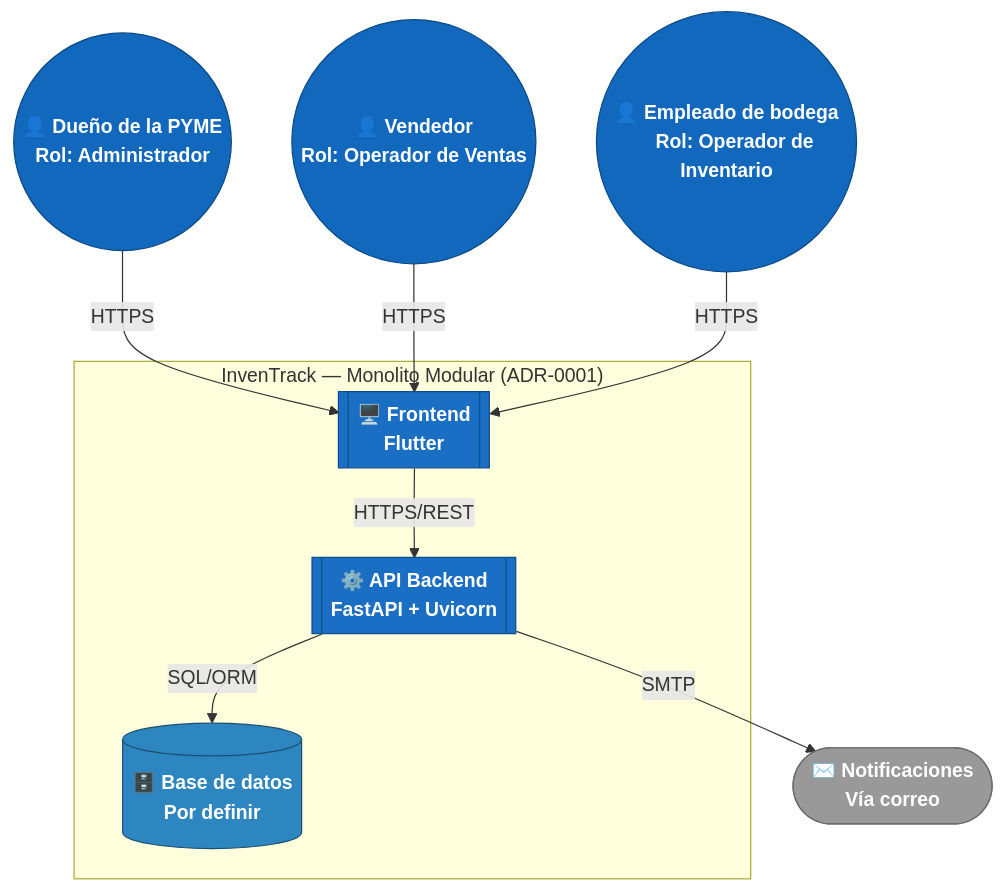
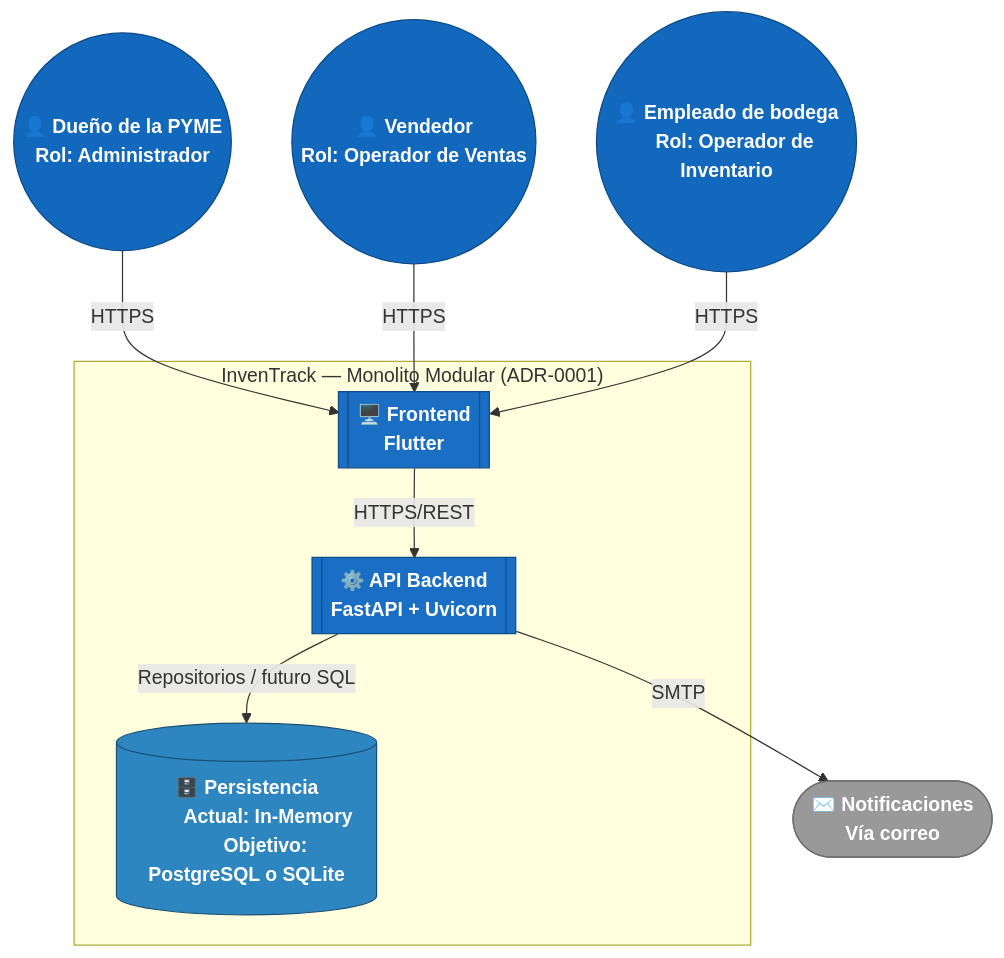
The first of 2 diagrams in docs/c4/containers.md (ISCOUTB/AS_202620_InvenTrack), drawn with Mermaid before and after one commit. The commit also changed other lines of this file and 5 other files, not shown here.

Commit message:
docs: update README and architecture documentation with context map and data ownership details

````diff
--- a/docs/c4/containers.md
+++ b/docs/c4/containers.md
@@ -9,38 +9,39 @@
 ```mermaid
 flowchart TB
     Dueno(("👤 Dueño de la PYME
     Rol: Administrador"))
     Vendedor(("👤 Vendedor
     Rol: Operador de Ventas"))
     Empleado(("👤 Empleado de bodega
     Rol: Operador de Inventario"))
 
     subgraph InvenTrack["InvenTrack — Monolito Modular (ADR-0001)"]
         Web[["🖥️ Frontend
         Flutter"]]
         Api[["⚙️ API Backend
         FastAPI + Uvicorn"]]
-        Db[("🗄️ Base de datos
-        Por definir")]
+        Db[("🗄️ Persistencia
+        Actual: In-Memory
+        Objetivo: PostgreSQL o SQLite")]
     end
 
     Notif(["✉️ Notificaciones
     Vía correo"])
 
     Dueno -- HTTPS --> Web
     Vendedor -- HTTPS --> Web
     Empleado -- HTTPS --> Web
     Web -- "HTTPS/REST" --> Api
-    Api -- "SQL/ORM" --> Db
+    Api -- "Repositorios / futuro SQL" --> Db
     Api -- SMTP --> Notif
 
     classDef person fill:#1168bd,stroke:#0b4884,color:#ffffff,font-weight:bold
     classDef container fill:#1a6fc4,stroke:#0e4d8a,color:#ffffff,font-weight:bold
     classDef db fill:#2e86c1,stroke:#1b4f72,color:#ffffff,font-weight:bold
     classDef external fill:#999999,stroke:#6b6b6b,color:#ffffff,font-weight:bold
 
     class Dueno,Vendedor,Empleado person
     class Web,Api container
     class Db db
     class Notif external
 ```
````
